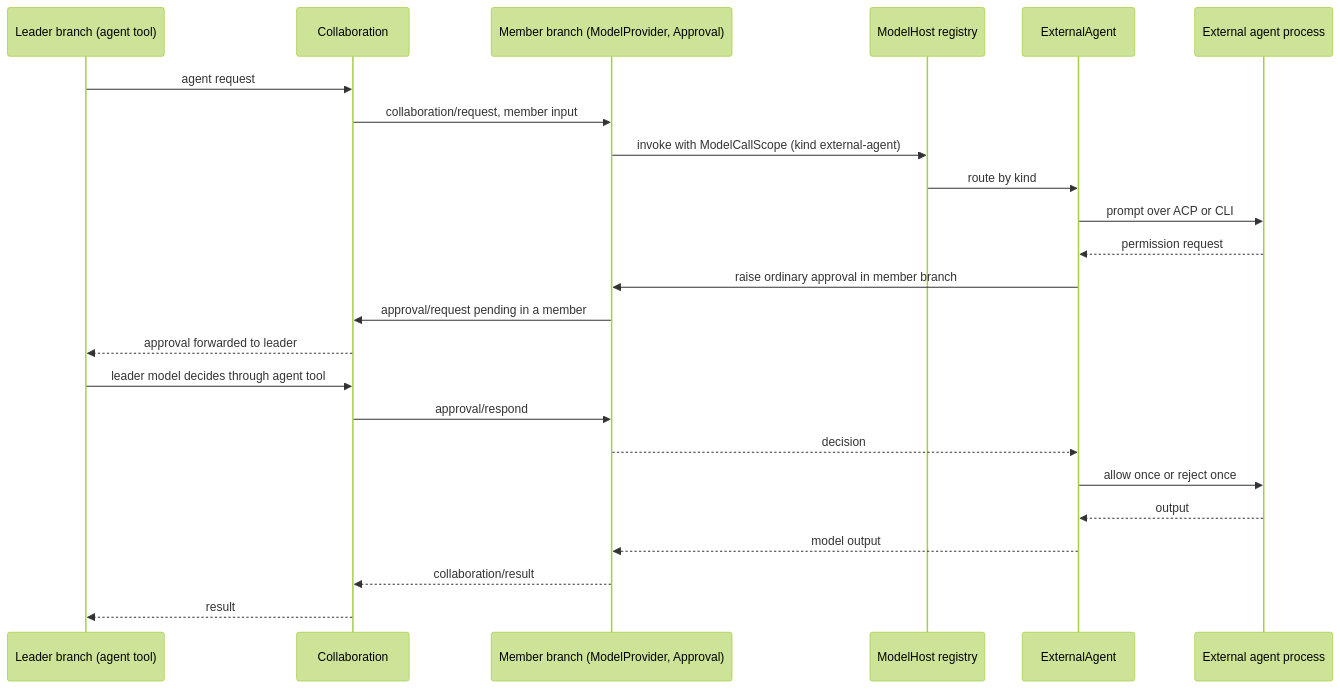
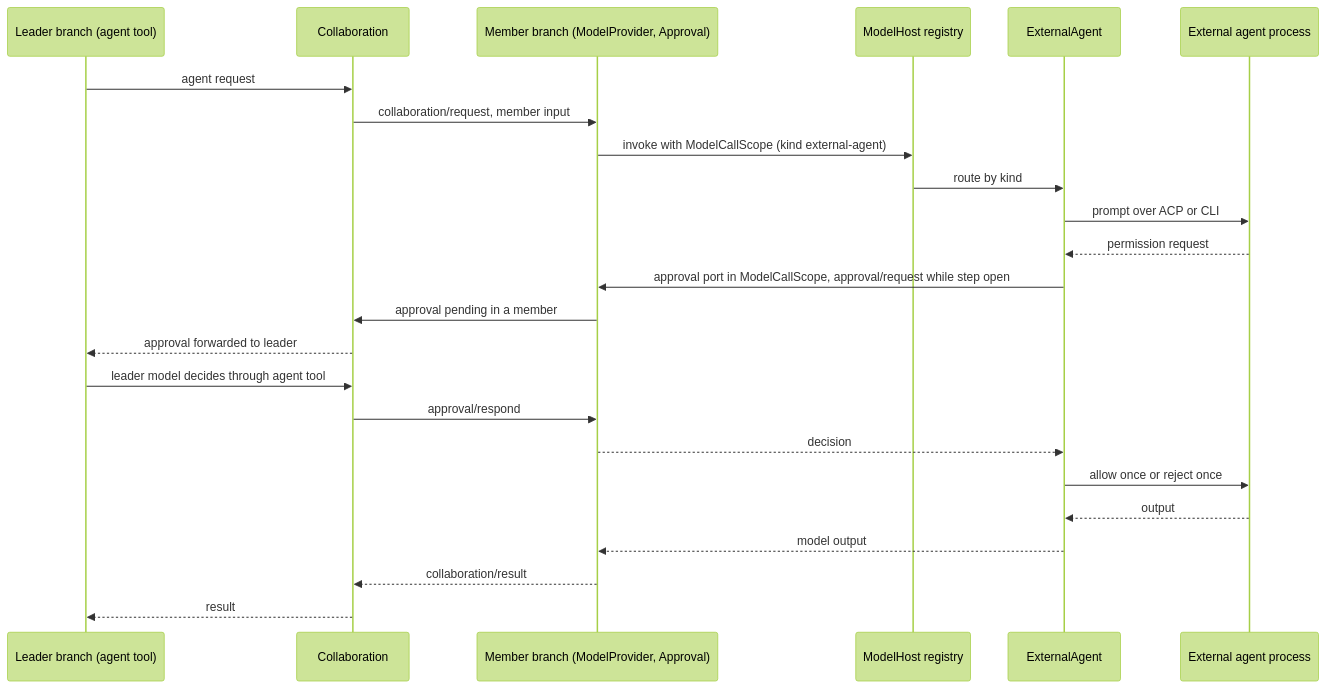
One commit to CoutinhoTTS/dim-agent changed the seventh of 9 diagrams in docs/design/overview.md. Above: the diagram before and after it, drawn with Mermaid (forest theme). The commit also changed other lines of this file, not shown here.

````diff
--- a/docs/design/overview.md
+++ b/docs/design/overview.md
@@ -254,26 +254,26 @@
 ```mermaid
 sequenceDiagram
   participant L as Leader branch (agent tool)
   participant C as Collaboration
   participant M as Member branch (ModelProvider, Approval)
   participant MH as ModelHost registry
   participant X as ExternalAgent
   participant EA as External agent process
   L->>C: agent request
   C->>M: collaboration/request, member input
   M->>MH: invoke with ModelCallScope (kind external-agent)
   MH->>X: route by kind
   X->>EA: prompt over ACP or CLI
   EA-->>X: permission request
-  X->>M: raise ordinary approval in member branch
-  M->>C: approval/request pending in a member
+  X->>M: approval port in ModelCallScope, approval/request while step open
+  M->>C: approval pending in a member
   C-->>L: approval forwarded to leader
   L->>C: leader model decides through agent tool
   C->>M: approval/respond
   M-->>X: decision
   X->>EA: allow once or reject once
   EA-->>X: output
   X-->>M: model output
   M-->>C: collaboration/result
   C-->>L: result
 ```
````
